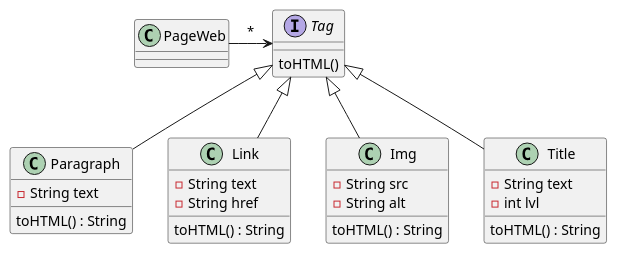
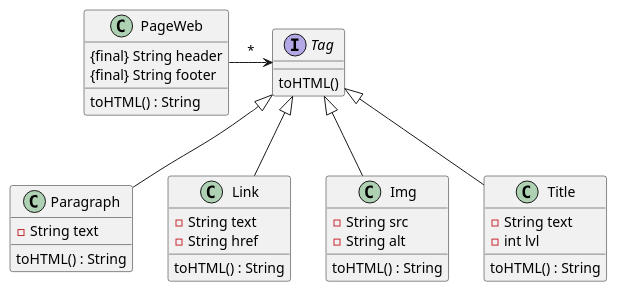
Before and after one commit to florentBourgeois/Paint-LPDAOO-24-25: the diagram in Ressources/pageweb/classes.puml, drawn with PlantUML. The commit also changed 1 other file, not shown here.

Commit message:
page web toHTML ok  manque ajout de tags

```diff
--- a/Ressources/pageweb/classes.puml
+++ b/Ressources/pageweb/classes.puml
@@ -1,38 +1,44 @@
 @startuml
 
 
 class Paragraph {
   - String text
   toHTML() : String
 }
 
 class Link {
   - String text
   - String href
   toHTML() : String
 }
 
 class Img {
   - String src
   - String alt
   toHTML() : String
 }
 
 class Title {
   - String text
   - int lvl
   toHTML() : String
 }
 
 
 interface Tag{
   toHTML()
 }
 
+class PageWeb{
+    {final} String header
+    {final} String footer
+    toHTML() : String
+}
+
 Tag <|-- Paragraph
 Tag <|-- Link
 Tag <|-- Title
 Tag <|-- Img
 
 PageWeb -> Tag : *
 @enduml
```
